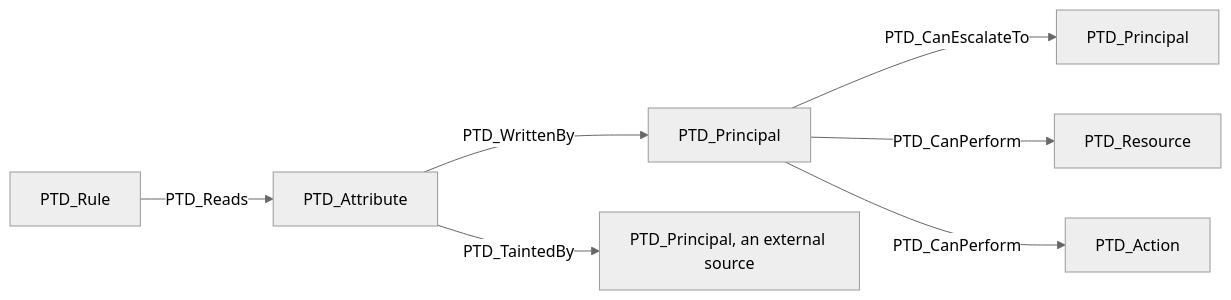
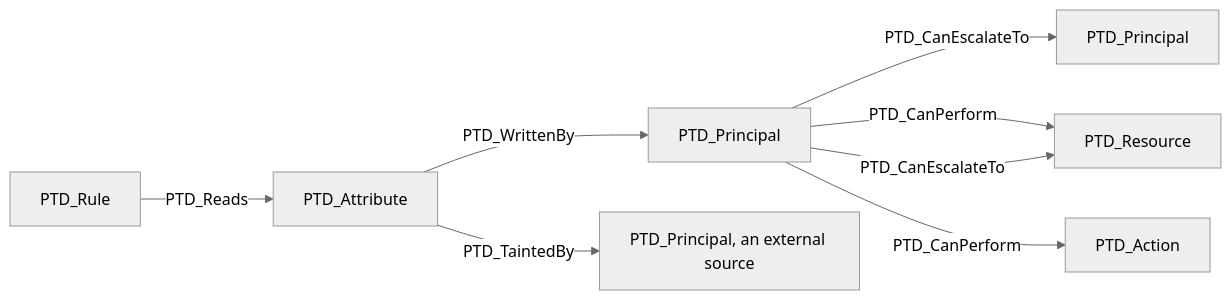
The diagram in docs/concepts.md (saluc28/petard), drawn with Mermaid (neutral theme) before and after one commit. The commit also changed other lines of this file and 3 other files, not shown here.

Commit message:
Document that export reads SpiceDB schemas

````diff
--- a/docs/concepts.md
+++ b/docs/concepts.md
@@ -107,9 +107,10 @@
 ```mermaid
 graph LR
   Rule[PTD_Rule] -->|PTD_Reads| Attribute[PTD_Attribute]
   Attribute -->|PTD_WrittenBy| Principal[PTD_Principal]
   Principal -->|PTD_CanEscalateTo| Other[PTD_Principal]
   Principal -->|PTD_CanPerform| Resource[PTD_Resource]
+  Principal -->|PTD_CanEscalateTo| Resource
   Principal -->|PTD_CanPerform| Action[PTD_Action]
   Attribute -->|PTD_TaintedBy| Source["PTD_Principal, an external source"]
 ```
````
